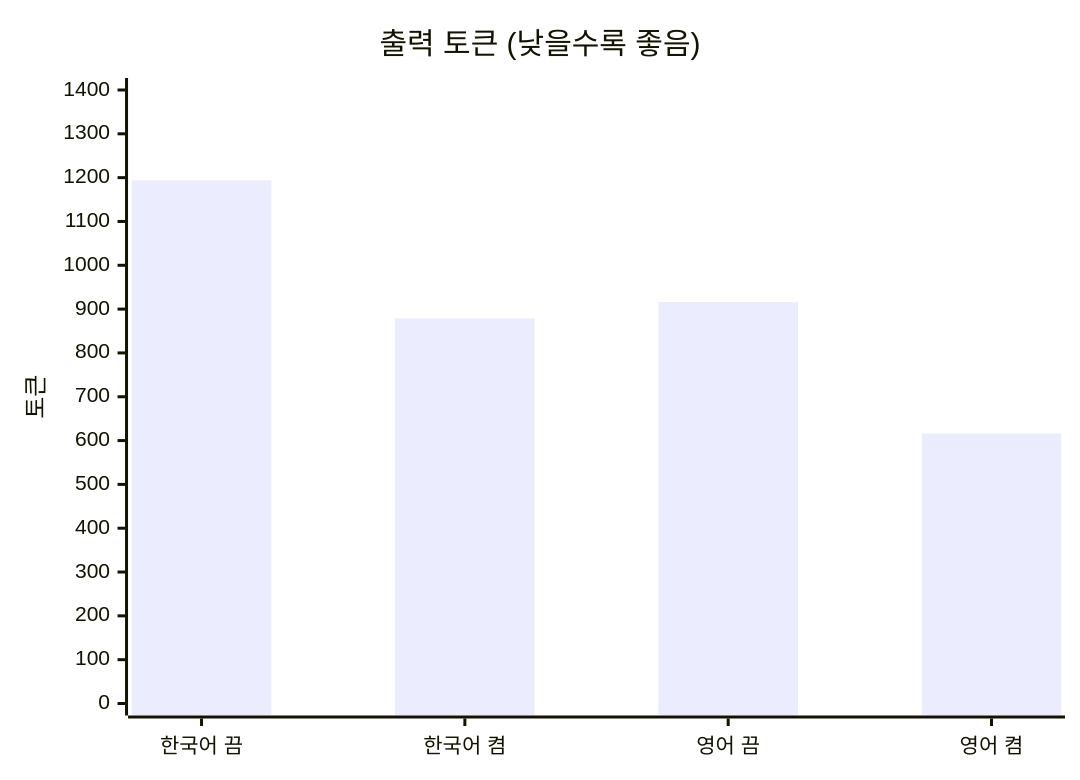
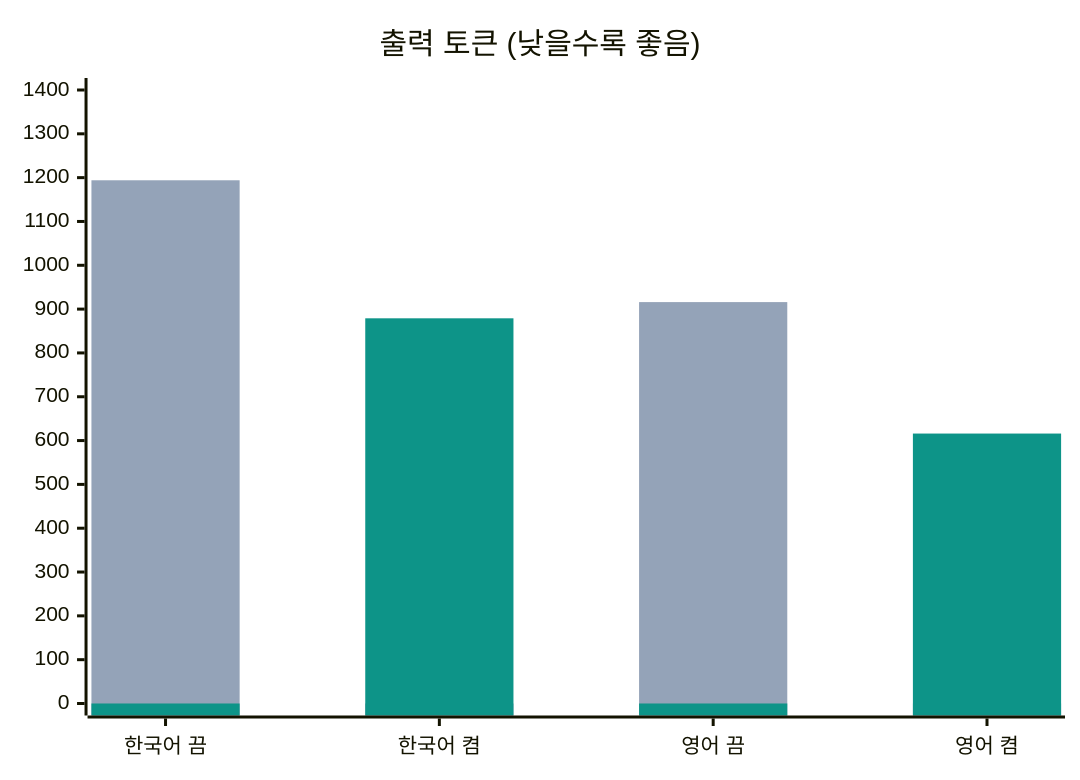
Before and after one commit to evelynn/get-to-it: the first of 2 diagrams in README.ko.md, drawn with Mermaid. The commit also changed other lines of this file and 2 other files, not shown here.

Commit message:
karin: 토큰 그래프의 끔·켬 막대 색 구분과 깨지는 세로축 제목 제거
- 끔은 회색, 켬은 청록으로 표시(mermaid plotColorPalette)
- 회전된 한글 세로축 제목이 깨져 보여 제거
- 브라우저 확인 도구가 만든 로컬 폴더(.gstack/)를 git 제외에 추가

````diff
--- a/README.ko.md
+++ b/README.ko.md
@@ -22,7 +22,9 @@
 ```mermaid
+%%{init: {"themeVariables": {"xyChart": {"plotColorPalette": "#94a3b8, #0d9488"}}}}%%
 xychart-beta
     title "출력 토큰 (낮을수록 좋음)"
     x-axis ["한국어 끔", "한국어 켬", "영어 끔", "영어 켬"]
-    y-axis "토큰" 0 --> 1400
-    bar [1194, 879, 916, 616]
+    y-axis 0 --> 1400
+    bar [1194, 0, 916, 0]
+    bar [0, 879, 0, 616]
 ```
````
